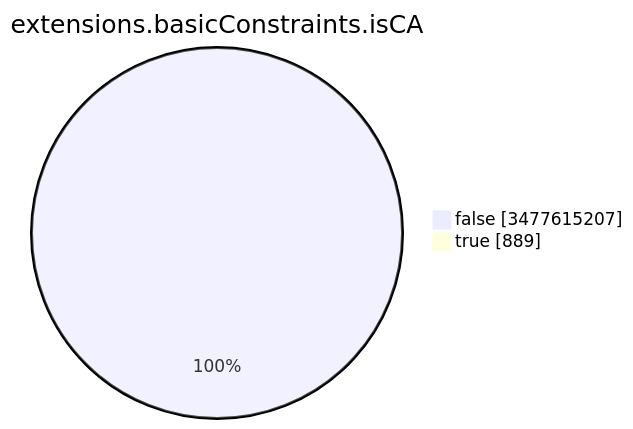
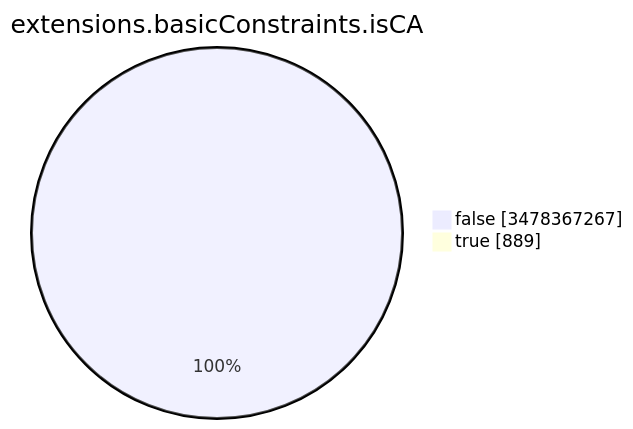
Before and after one commit to christiankrug/ctmonitor_visualization: the seventh of 15 diagrams in TOTAL/README.md, drawn with Mermaid. The commit also changed other lines of this file, not shown here.

````diff
--- a/TOTAL/README.md
+++ b/TOTAL/README.md
@@ -3093,6 +3093,6 @@
 ```mermaid
 pie showData
 title extensions.basicConstraints.isCA
-"false" :3477615207
+"false" :3478367267
 "true" :889
 ```
````
